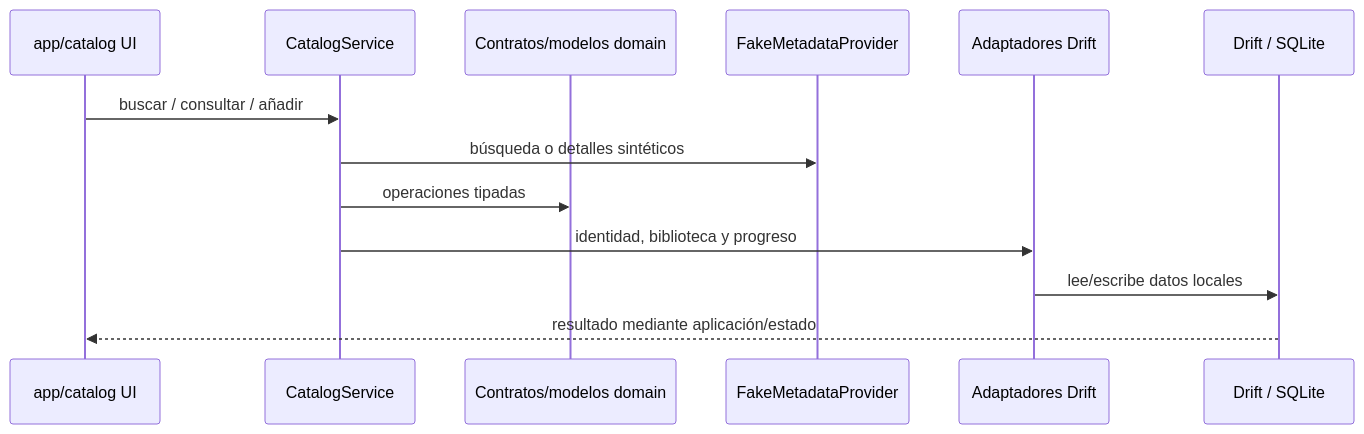
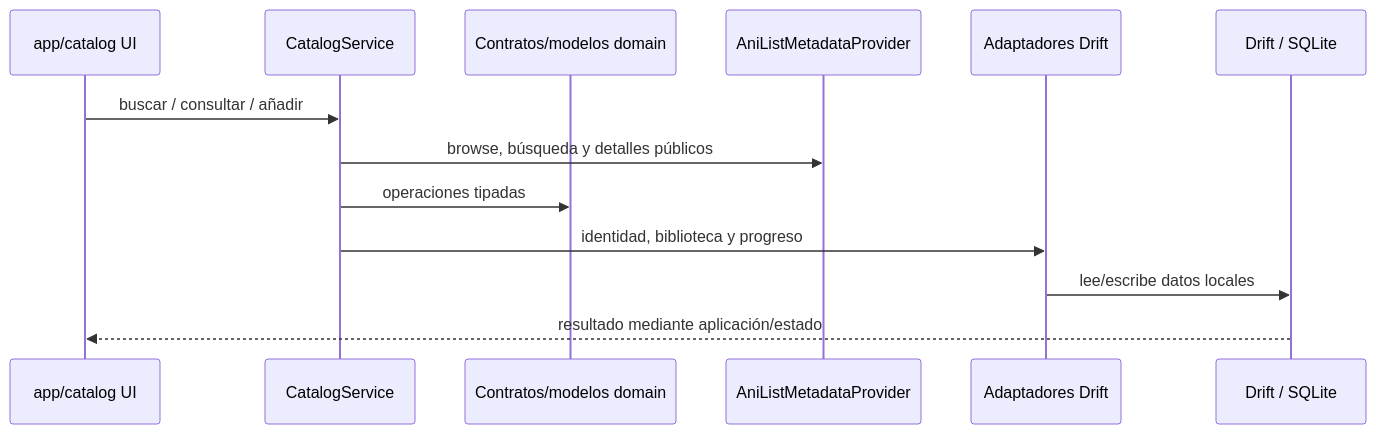
One commit to kurogamishuen15/AnimeApp-Dev changed the fourth of 5 diagrams in ARCHITECTURE.md. Above: the diagram before and after it, drawn with Mermaid. The commit also changed other lines of this file and 27 other files, not shown here.

````diff
--- a/ARCHITECTURE.md
+++ b/ARCHITECTURE.md
@@ -94,15 +94,15 @@
 ```mermaid
 sequenceDiagram
   participant UI as app/catalog UI
   participant UC as CatalogService
   participant Port as Contratos/modelos domain
-  participant Fake as FakeMetadataProvider
+  participant AniList as AniListMetadataProvider
   participant Repo as Adaptadores Drift
   participant DB as Drift / SQLite
   UI->>UC: buscar / consultar / añadir
-  UC->>Fake: búsqueda o detalles sintéticos
+  UC->>AniList: browse, búsqueda y detalles públicos
   UC->>Port: operaciones tipadas
   UC->>Repo: identidad, biblioteca y progreso
   Repo->>DB: lee/escribe datos locales
   DB-->>UI: resultado mediante aplicación/estado
 ```
````
